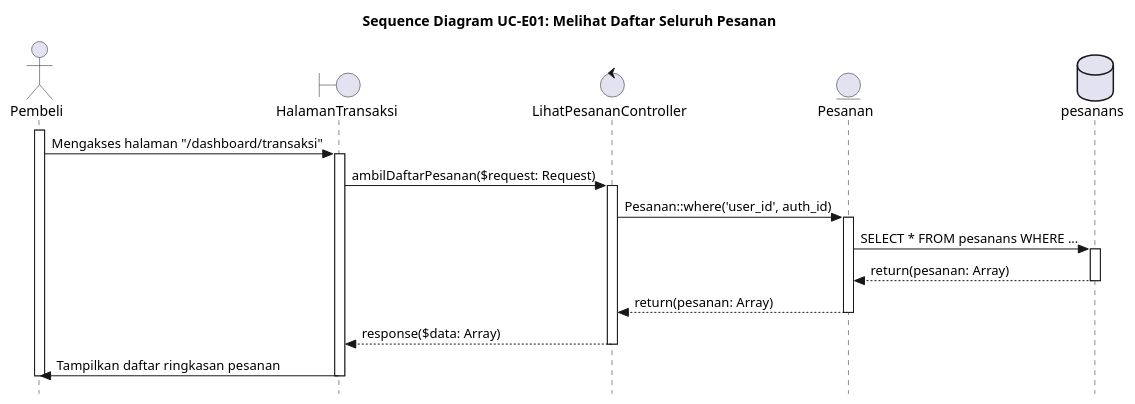
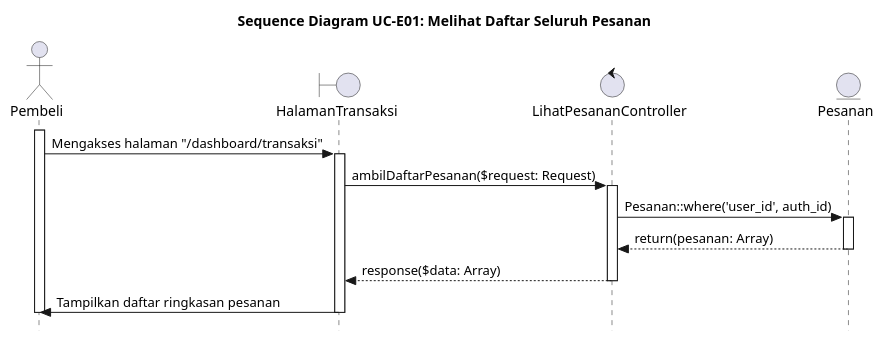
One commit to alfiahnurfa/RSI-PROYEK-AKHIR-SEQUENCE changed the diagram in UC-E01.PUML. Above: the diagram before and after it, drawn with PlantUML. The commit also changed 29 other files, not shown here.

Commit message:
hapus aktor database dari semua sequence

```diff
--- a/UC-E01.PUML
+++ b/UC-E01.PUML
@@ -1,38 +1,31 @@
 @startuml SD-UC-E01_MelihatDaftarPesanan
 title Sequence Diagram UC-E01: Melihat Daftar Seluruh Pesanan
 skinparam style strictuml
 
 actor Pembeli
 boundary HalamanTransaksi
 control LihatPesananController
 entity Pesanan
-database pesanans
 
 activate Pembeli
 
 Pembeli -> HalamanTransaksi : Mengakses halaman "/dashboard/transaksi"
 activate HalamanTransaksi
 
 HalamanTransaksi -> LihatPesananController : ambilDaftarPesanan($request: Request)
 activate LihatPesananController
 
 LihatPesananController -> Pesanan : Pesanan::where('user_id', auth_id)
 activate Pesanan
 
-Pesanan -> pesanans : SELECT * FROM pesanans WHERE ...
-activate pesanans
-
-pesanans --> Pesanan : return(pesanan: Array)
-deactivate pesanans
-
 Pesanan --> LihatPesananController : return(pesanan: Array)
 deactivate Pesanan
 
 LihatPesananController --> HalamanTransaksi : response($data: Array)
 deactivate LihatPesananController
 
 HalamanTransaksi -> Pembeli : Tampilkan daftar ringkasan pesanan
 deactivate HalamanTransaksi
 deactivate Pembeli
 
 @enduml
```
